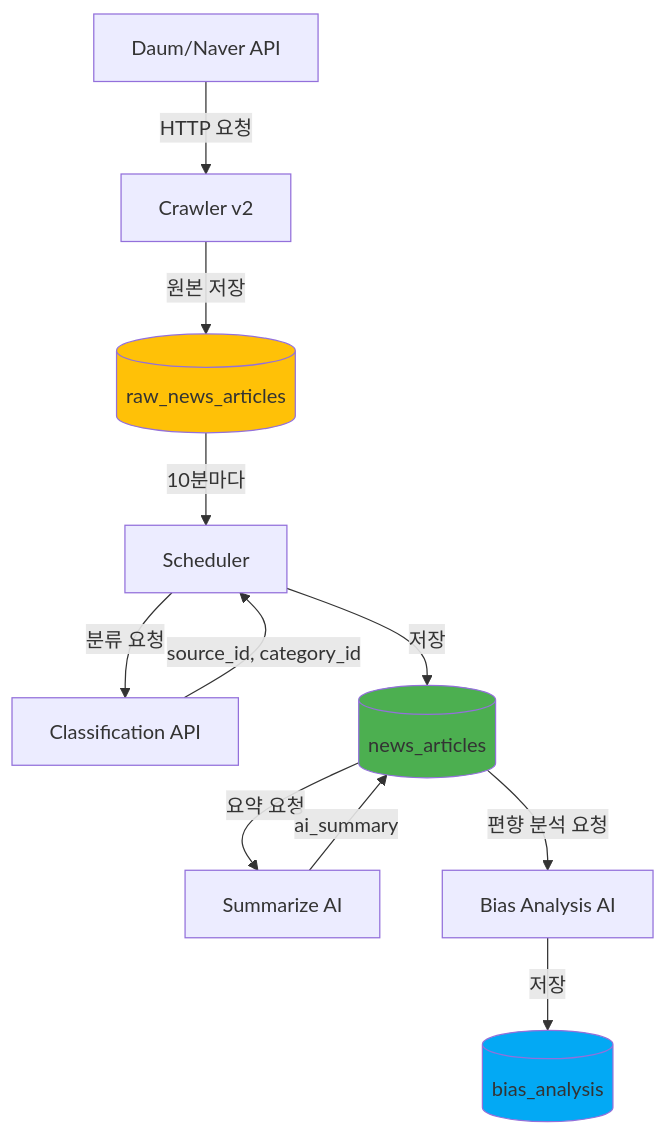
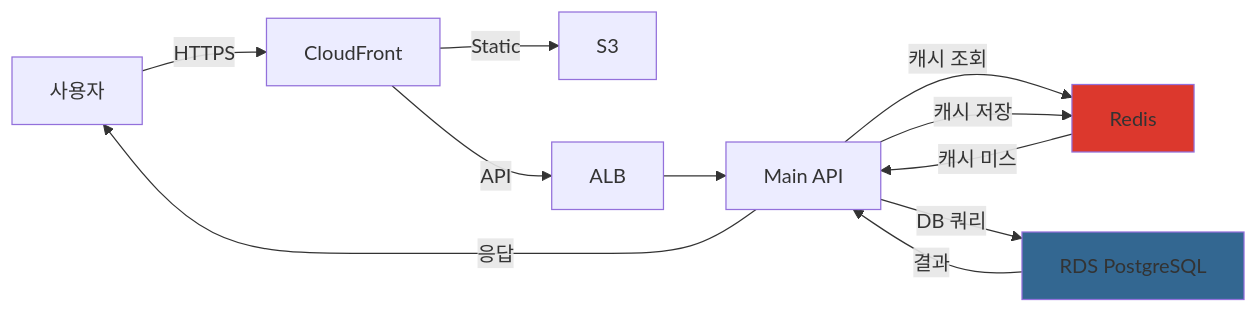
Before and after one commit to poungkee/my_fans: the fifth of 5 diagrams in docs/02_시스템_아키텍처.md, drawn with Mermaid. The commit also changed other lines of this file and 56 other files, not shown here.

````diff
--- a/docs/02_시스템_아키텍처.md
+++ b/docs/02_시스템_아키텍처.md
@@ -1508,17 +961,16 @@
 ```mermaid
-graph TD
-    A[Daum/Naver API] -->|HTTP 요청| B[Crawler v2]
-    B -->|원본 저장| C[(raw_news_articles)]
-    C -->|10분마다| D[Scheduler]
-    D -->|분류 요청| E[Classification API]
-    E -->|source_id, category_id| D
-    D -->|저장| F[(news_articles)]
-    F -->|요약 요청| G[Summarize AI]
-    G -->|ai_summary| F
-    F -->|편향 분석 요청| H[Bias Analysis AI]
-    H -->|저장| I[(bias_analysis)]
+graph LR
+    A[사용자] -->|HTTPS| B[CloudFront]
+    B -->|Static| C[S3]
+    B -->|API| D[ALB]
+    D --> E[Main API]
+    E -->|캐시 조회| F[Redis]
+    F -->|캐시 미스| E
+    E -->|DB 쿼리| G[RDS PostgreSQL]
+    G -->|결과| E
+    E -->|캐시 저장| F
+    E -->|응답| A
 
-    style C fill:#ffc107
-    style F fill:#4caf50
-    style I fill:#03a9f4
+    style F fill:#dc382d
+    style G fill:#336791
 ```
````
